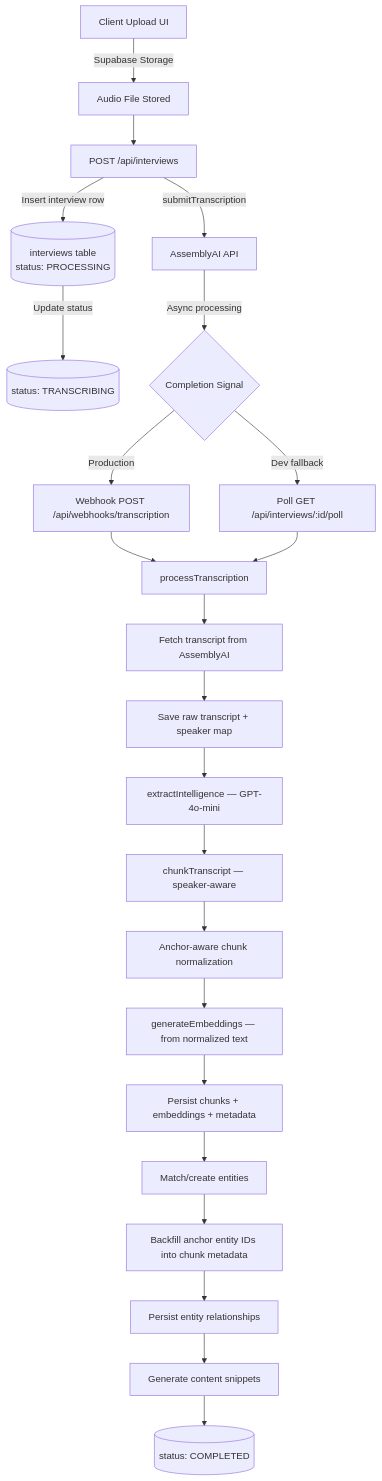
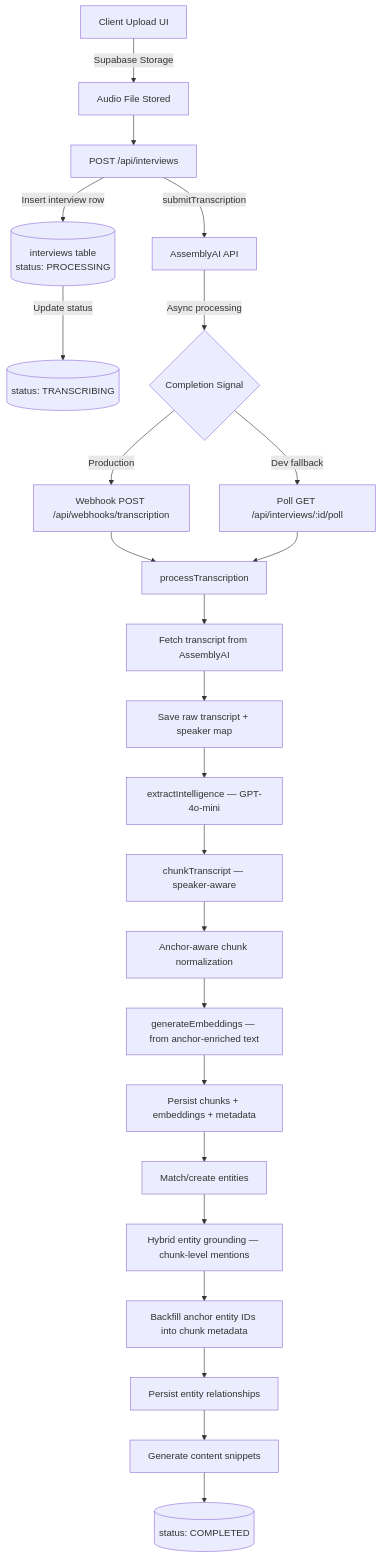
One commit to carlosmatac/sovereign-data changed the first of 2 diagrams in docs/architecture/ingestion-pipeline.md. Above: the diagram before and after it, drawn with Mermaid. The commit also changed other lines of this file and 9 other files, not shown here.

First line of the commit message:
Refactor intelligence pipeline: anchor-safe normalization, hybrid entity grounding, two-stage extraction

````diff
--- a/docs/architecture/ingestion-pipeline.md
+++ b/docs/architecture/ingestion-pipeline.md
@@ -11,28 +11,29 @@
 ```mermaid
 flowchart TD
     A[Client Upload UI] -->|Supabase Storage| B[Audio File Stored]
     B --> C[POST /api/interviews]
     C -->|Insert interview row| D[(interviews table<br/>status: PROCESSING)]
     C -->|submitTranscription| E[AssemblyAI API]
     D -->|Update status| F[(status: TRANSCRIBING)]
 
     E -->|Async processing| G{Completion Signal}
     G -->|Production| H[Webhook POST /api/webhooks/transcription]
     G -->|Dev fallback| I[Poll GET /api/interviews/:id/poll]
 
     H --> J[processTranscription]
     I --> J
 
     J --> K[Fetch transcript from AssemblyAI]
     K --> L[Save raw transcript + speaker map]
     L --> M[extractIntelligence — GPT-4o-mini]
     M --> N[chunkTranscript — speaker-aware]
     N --> N2[Anchor-aware chunk normalization]
-    N2 --> O[generateEmbeddings — from normalized text]
+    N2 --> O[generateEmbeddings — from anchor-enriched text]
     O --> P[Persist chunks + embeddings + metadata]
     P --> Q[Match/create entities]
-    Q --> Q2[Backfill anchor entity IDs into chunk metadata]
+    Q --> Q1[Hybrid entity grounding — chunk-level mentions]
+    Q1 --> Q2[Backfill anchor entity IDs into chunk metadata]
     Q2 --> R[Persist entity relationships]
     R --> S[Generate content snippets]
     S --> T[(status: COMPLETED)]
 ```
````
